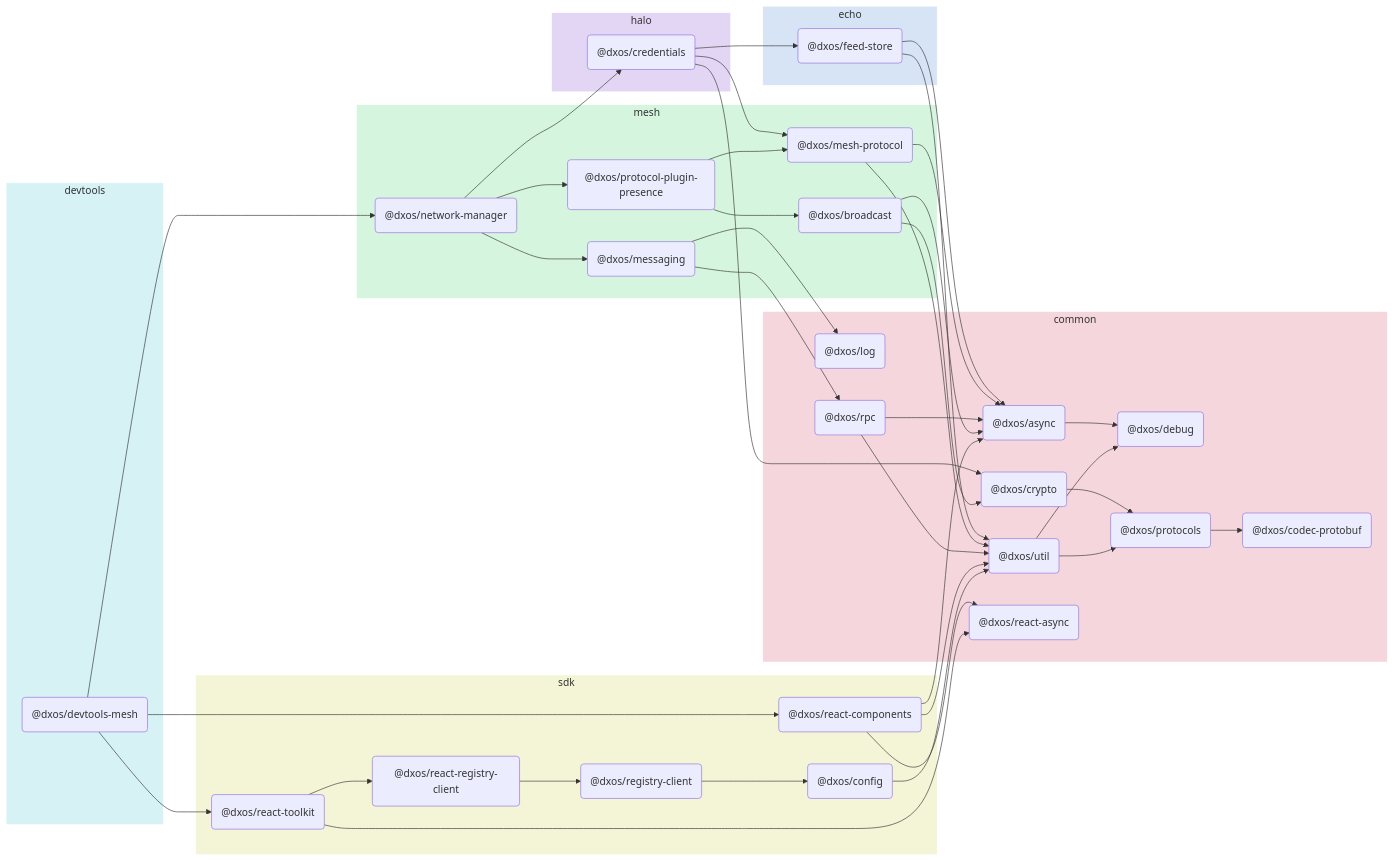
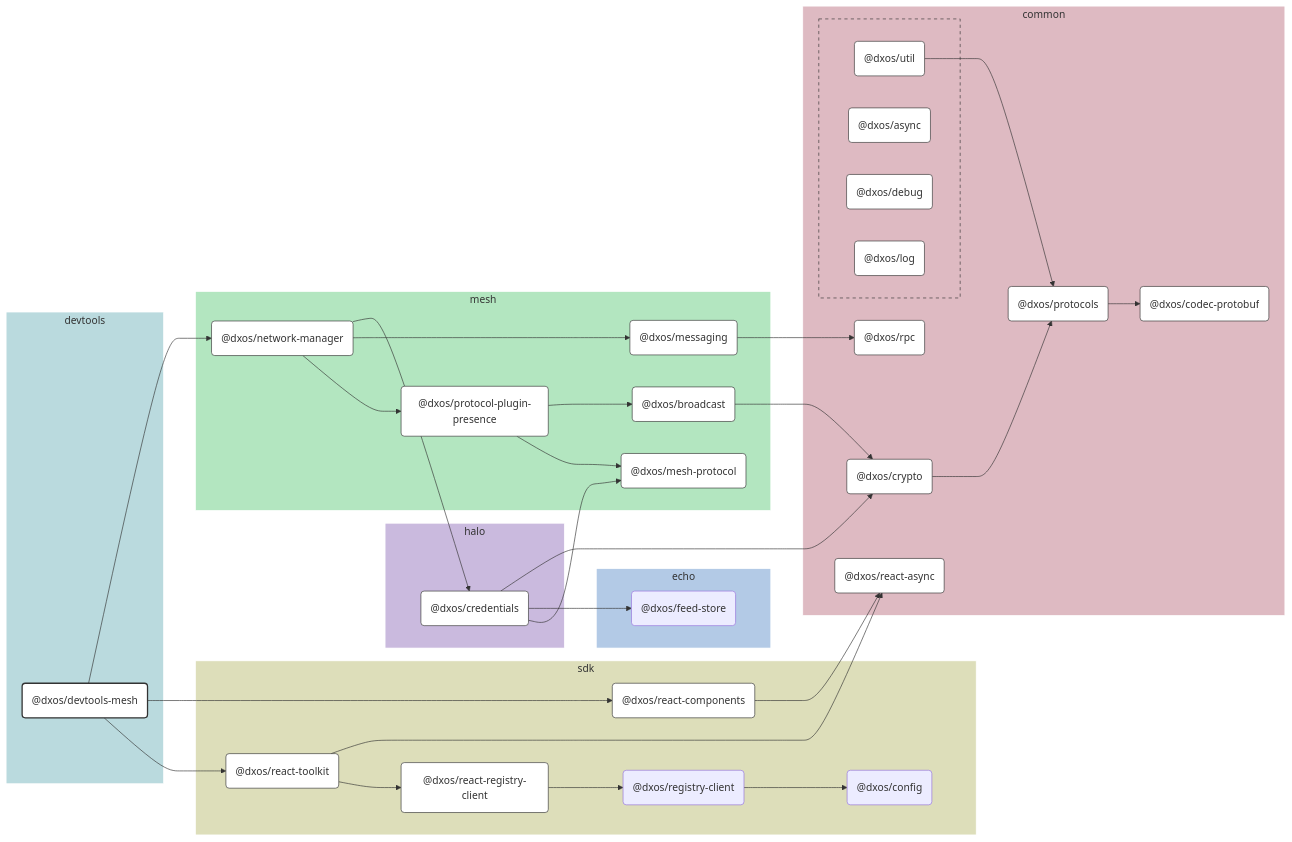
Before and after one commit to dxos/dxos: the diagram in packages/devtools/devtools-mesh/docs/README.md, drawn with Mermaid. The commit also changed other lines of this file and 109 other files, not shown here.

````diff
--- a/packages/devtools/devtools-mesh/docs/README.md
+++ b/packages/devtools/devtools-mesh/docs/README.md
@@ -5,84 +7,133 @@
 ```mermaid
-flowchart LR;
+%%{ init: {'flowchart':{'curve':'basis'}} }%%
 
+flowchart LR
+
+%% Links
+dxos/broadcast --> dxos/crypto;
+dxos/credentials --> dxos/crypto;
+dxos/credentials --> dxos/feed-store;
+dxos/credentials --> dxos/mesh-protocol;
+dxos/crypto --> dxos/protocols;
+dxos/devtools-mesh --> dxos/network-manager;
+dxos/devtools-mesh --> dxos/react-components;
+dxos/devtools-mesh --> dxos/react-toolkit;
+dxos/messaging --> dxos/rpc;
+dxos/network-manager --> dxos/credentials;
+dxos/network-manager --> dxos/messaging;
+dxos/network-manager --> dxos/protocol-plugin-presence;
+dxos/protocol-plugin-presence --> dxos/broadcast;
+dxos/protocol-plugin-presence --> dxos/mesh-protocol;
+dxos/protocols --> dxos/codec-protobuf;
+dxos/react-components --> dxos/react-async;
+dxos/react-registry-client --> dxos/registry-client;
+dxos/react-toolkit --> dxos/react-async;
+dxos/react-toolkit --> dxos/react-registry-client;
+dxos/registry-client --> dxos/config;
+dxos/util --> dxos/protocols;
+
+%% Sections
 subgraph devtools
-  style devtools fill:#d6f2f5,stroke:#fff;
-  dxos/devtools-mesh("@dxos/devtools-mesh");
+  style devtools fill:#badade,stroke:#fff;
+
+  dxos/devtools-mesh("@dxos/devtools-mesh")
 end
 
 subgraph common
-  style common fill:#f5d6dd,stroke:#fff;
-  dxos/debug("@dxos/debug");
-  dxos/async("@dxos/async");
-  dxos/codec-protobuf("@dxos/codec-protobuf");
-  dxos/crypto("@dxos/crypto");
-  dxos/protocols("@dxos/protocols");
-  dxos/util("@dxos/util");
-  dxos/log("@dxos/log");
-  dxos/rpc("@dxos/rpc");
-  dxos/react-async("@dxos/react-async");
+  style common fill:#debac2,stroke:#fff;
+
+  dxos/codec-protobuf("@dxos/codec-protobuf")
+  dxos/crypto("@dxos/crypto")
+  dxos/protocols("@dxos/protocols")
+  dxos/react-async("@dxos/react-async")
+  dxos/rpc("@dxos/rpc")
+
+  subgraph common-excluded [ ]
+    style common-excluded fill:#debac2,stroke:#333,stroke-dasharray:5 5;
+
+    dxos/async("@dxos/async")
+    dxos/debug("@dxos/debug")
+    dxos/log("@dxos/log")
+    dxos/util("@dxos/util")
+  end
 end
 
 subgraph mesh
-  style mesh fill:#d6f5de,stroke:#fff;
-  dxos/network-manager("@dxos/network-manager");
-  dxos/mesh-protocol("@dxos/mesh-protocol");
-  dxos/messaging("@dxos/messaging");
-  dxos/protocol-plugin-presence("@dxos/protocol-plugin-presence");
-  dxos/broadcast("@dxos/broadcast");
+  style mesh fill:#b3e6c0,stroke:#fff;
+
+  dxos/broadcast("@dxos/broadcast")
+  dxos/mesh-protocol("@dxos/mesh-protocol")
+  dxos/messaging("@dxos/messaging")
+  dxos/network-manager("@dxos/network-manager")
+  dxos/protocol-plugin-presence("@dxos/protocol-plugin-presence")
 end
 
 subgraph halo
-  style halo fill:#e3d6f5,stroke:#fff;
-  dxos/credentials("@dxos/credentials");
+  style halo fill:#cabade,stroke:#fff;
+
+  dxos/credentials("@dxos/credentials")
 end
 
 subgraph echo
-  style echo fill:#d6e4f5,stroke:#fff;
-  dxos/feed-store("@dxos/feed-store");
+  style echo fill:#b3cae6,stroke:#fff;
+
+  dxos/feed-store("@dxos/feed-store")
 end
 
 subgraph sdk
-  style sdk fill:#f4f5d6,stroke:#fff;
-  dxos/react-components("@dxos/react-components");
-  dxos/react-toolkit("@dxos/react-toolkit");
-  dxos/react-registry-client("@dxos/react-registry-client");
-  dxos/config("@dxos/config");
-  dxos/registry-client("@dxos/registry-client");
+  style sdk fill:#dddeba,stroke:#fff;
+
+  dxos/config("@dxos/config")
+  dxos/react-components("@dxos/react-components")
+  dxos/react-registry-client("@dxos/react-registry-client")
+  dxos/react-toolkit("@dxos/react-toolkit")
+  dxos/registry-client("@dxos/registry-client")
 end
 
-dxos/devtools-mesh --> dxos/network-manager;
-dxos/async --> dxos/debug;
-dxos/network-manager --> dxos/credentials;
-dxos/credentials --> dxos/crypto;
-dxos/crypto --> dxos/protocols;
-dxos/protocols --> dxos/codec-protobuf;
-dxos/credentials --> dxos/feed-store;
-dxos/feed-store --> dxos/async;
-dxos/feed-store --> dxos/util;
-dxos/util --> dxos/debug;
-dxos/util --> dxos/protocols;
-dxos/credentials --> dxos/mesh-protocol;
-dxos/mesh-protocol --> dxos/async;
-dxos/mesh-protocol --> dxos/util;
-dxos/network-manager --> dxos/messaging;
-dxos/messaging --> dxos/log;
-dxos/messaging --> dxos/rpc;
-dxos/rpc --> dxos/async;
-dxos/rpc --> dxos/util;
-dxos/network-manager --> dxos/protocol-plugin-presence;
-dxos/protocol-plugin-presence --> dxos/broadcast;
-dxos/broadcast --> dxos/async;
-dxos/broadcast --> dxos/crypto;
-dxos/protocol-plugin-presence --> dxos/mesh-protocol;
-dxos/devtools-mesh --> dxos/react-components;
-dxos/react-components --> dxos/async;
-dxos/react-components --> dxos/react-async;
-dxos/react-components --> dxos/util;
-dxos/devtools-mesh --> dxos/react-toolkit;
-dxos/react-toolkit --> dxos/react-async;
-dxos/react-toolkit --> dxos/react-registry-client;
-dxos/config --> dxos/util;
-dxos/react-registry-client --> dxos/registry-client;
-dxos/registry-client --> dxos/config;
+
+%% Hyperlinks
+click dxos/async href "https:/github.com/dxos/dxos/tree/main/packages/common/async/docs";
+click dxos/broadcast href "https:/github.com/dxos/dxos/tree/main/packages/mesh/broadcast/docs";
+click dxos/codec-protobuf href "https:/github.com/dxos/dxos/tree/main/packages/common/codec-protobuf/docs";
+click dxos/credentials href "https:/github.com/dxos/dxos/tree/main/packages/halo/credentials/docs";
+click dxos/crypto href "https:/github.com/dxos/dxos/tree/main/packages/common/crypto/docs";
+click dxos/debug href "https:/github.com/dxos/dxos/tree/main/packages/common/debug/docs";
+click dxos/log href "https:/github.com/dxos/dxos/tree/main/packages/common/log/docs";
+click dxos/mesh-protocol href "https:/github.com/dxos/dxos/tree/main/packages/mesh/mesh-protocol/docs";
+click dxos/messaging href "https:/github.com/dxos/dxos/tree/main/packages/mesh/messaging/docs";
+click dxos/network-manager href "https:/github.com/dxos/dxos/tree/main/packages/mesh/network-manager/docs";
+click dxos/protocol-plugin-presence href "https:/github.com/dxos/dxos/tree/main/packages/mesh/protocol-plugin-presence/docs";
+click dxos/protocols href "https:/github.com/dxos/dxos/tree/main/packages/common/protocols/docs";
+click dxos/react-async href "https:/github.com/dxos/dxos/tree/main/packages/common/react-async/docs";
+click dxos/react-components href "https:/github.com/dxos/dxos/tree/main/packages/sdk/react-components/docs";
+click dxos/react-registry-client href "https:/github.com/dxos/dxos/tree/main/packages/sdk/react-registry-client/docs";
+click dxos/react-toolkit href "https:/github.com/dxos/dxos/tree/main/packages/sdk/react-toolkit/docs";
+click dxos/rpc href "https:/github.com/dxos/dxos/tree/main/packages/common/rpc/docs";
+click dxos/util href "https:/github.com/dxos/dxos/tree/main/packages/common/util/docs";
+
+%% Styles
+classDef rootNode fill:#fff,stroke:#333,stroke-width:2px
+classDef defaultNode fill:#fff,stroke:#333,stroke-width:1px
+linkStyle default stroke:#333,stroke-width:1px
+
+dxos/devtools-mesh:::rootNode
+
+dxos/async:::defaultNode
+dxos/broadcast:::defaultNode
+dxos/codec-protobuf:::defaultNode
+dxos/credentials:::defaultNode
+dxos/crypto:::defaultNode
+dxos/debug:::defaultNode
+dxos/log:::defaultNode
+dxos/mesh-protocol:::defaultNode
+dxos/messaging:::defaultNode
+dxos/network-manager:::defaultNode
+dxos/protocol-plugin-presence:::defaultNode
+dxos/protocols:::defaultNode
+dxos/react-async:::defaultNode
+dxos/react-components:::defaultNode
+dxos/react-registry-client:::defaultNode
+dxos/react-toolkit:::defaultNode
+dxos/rpc:::defaultNode
+dxos/util:::defaultNode
 ```
````
